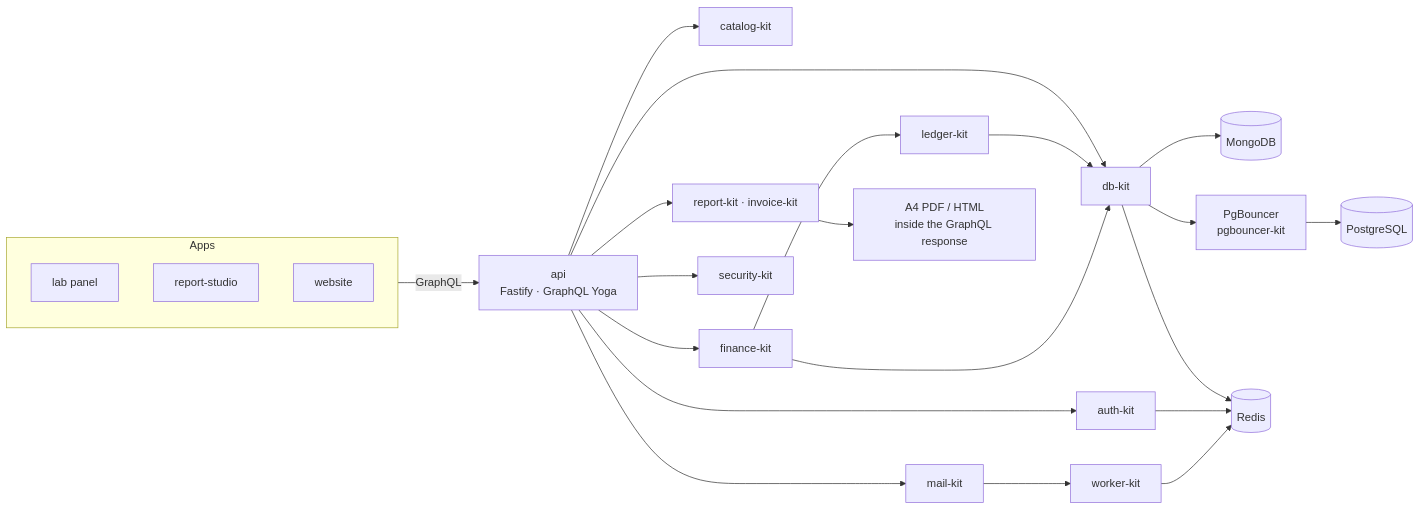
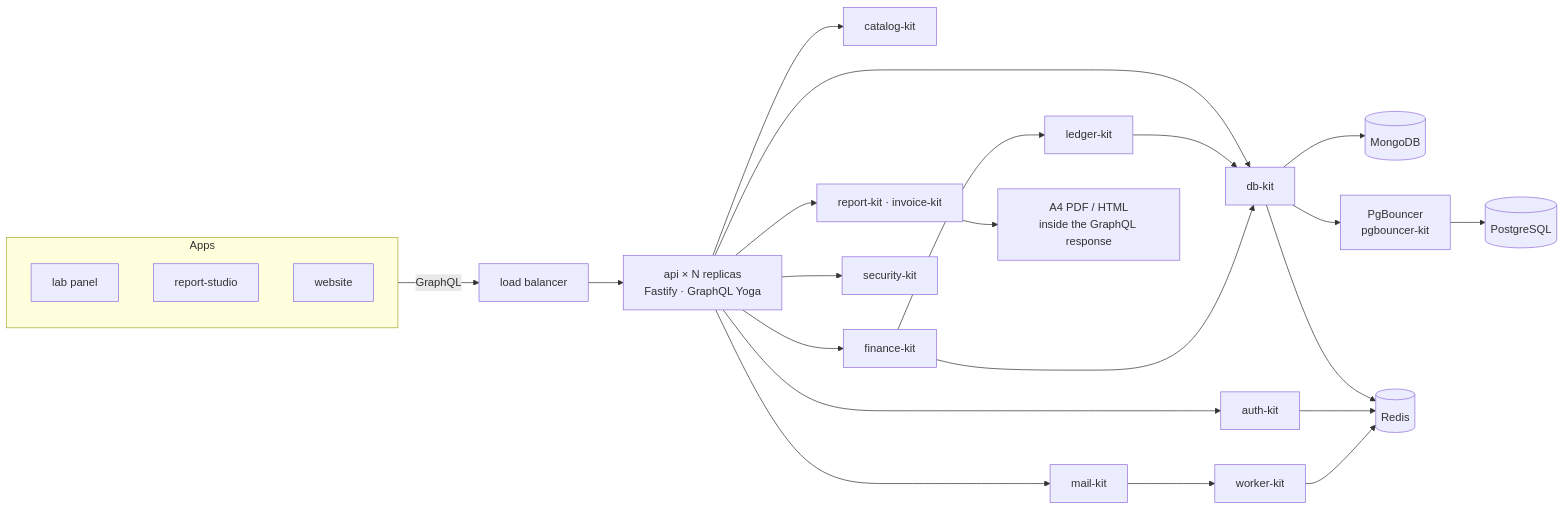
The diagram in profile/README.md (mgpl-diagnostics/.github), drawn with Mermaid before and after one commit. The commit also changed other lines of this file and 1 other file, not shown here.

Commit message:
docs(profile): PgBouncer badge; load balancer and api replicas in the diagram
Claude-Session: https://claude.ai/code/session_01V2w83S9u4nQVStPp96xWWX

````diff
--- a/profile/README.md
+++ b/profile/README.md
@@ -142,27 +143,28 @@
 ```mermaid
 flowchart LR
   subgraph Apps
     P[lab panel]
     S[report-studio]
     W[website]
   end
-  Apps -->|"GraphQL"| API["api<br/>Fastify · GraphQL Yoga"]
+  Apps -->|"GraphQL"| LB["load balancer"]
+  LB --> API["api × N replicas<br/>Fastify · GraphQL Yoga"]
   API --> AUTH[auth-kit]
   API --> DB[db-kit]
   API --> CAT[catalog-kit]
   API --> RND["report-kit · invoice-kit"]
   API --> FIN[finance-kit]
   API --> SEC[security-kit]
   API --> MAIL[mail-kit]
   MAIL --> JOBS[worker-kit]
   FIN --> BOOKS[ledger-kit]
   BOOKS --> DB
   FIN --> DB
   DB --> M[(MongoDB)]
   DB --> PGB["PgBouncer<br/>pgbouncer-kit"]
   PGB --> PG[(PostgreSQL)]
   DB --> R[(Redis)]
   AUTH --> R
   JOBS --> R
   RND --> PDF["A4 PDF / HTML<br/>inside the GraphQL response"]
 ```
````
